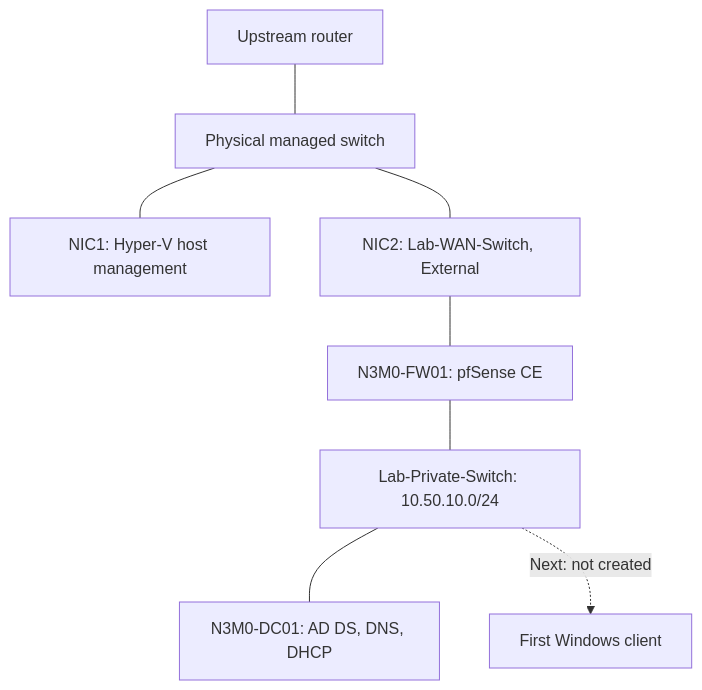
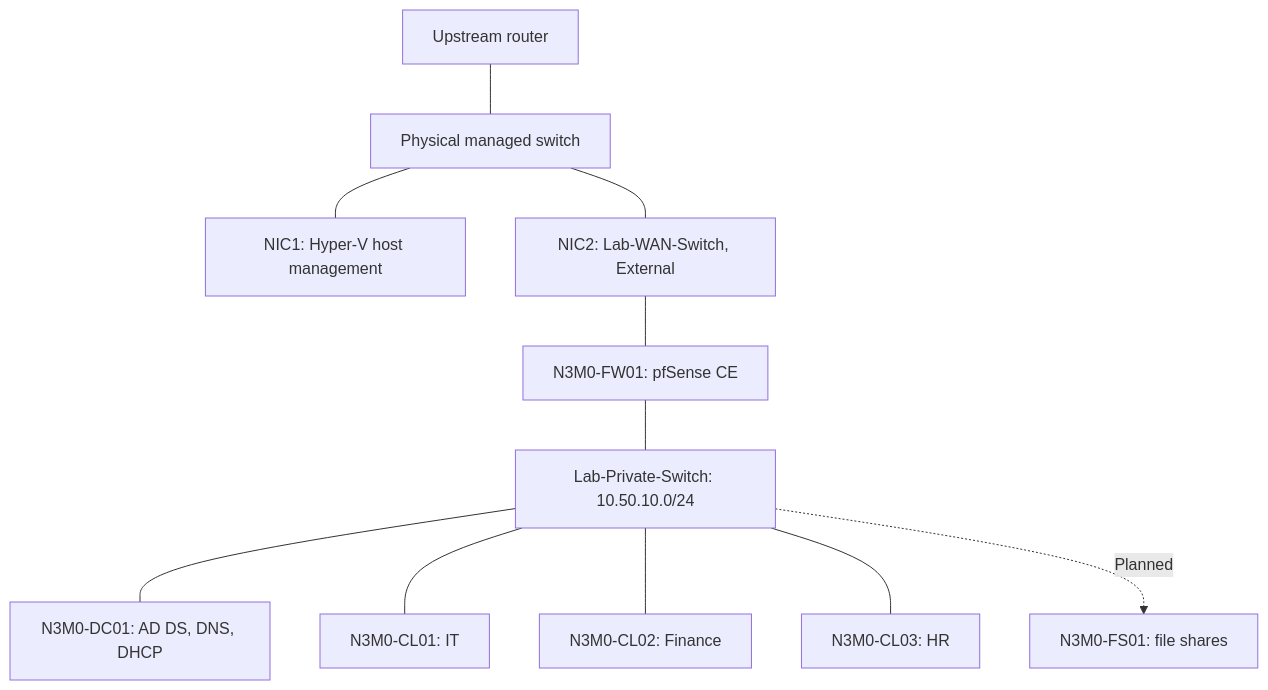
One commit to N3M0SYS/Active-Directory-Deployment-Lab changed the diagram in docs/architecture.md. Above: the diagram before and after it, drawn with Mermaid. The commit also changed other lines of this file and 6 other files, not shown here.

Commit message:
Document Windows client deployment, domain users, DHCP leases, and GPO validation

````diff
--- a/docs/architecture.md
+++ b/docs/architecture.md
@@ -7,10 +7,13 @@
 ```mermaid
 flowchart TD
     Router["Upstream router"] --- Physical["Physical managed switch"]
     Physical --- NIC1["NIC1: Hyper-V host management"]
     Physical --- WAN["NIC2: Lab-WAN-Switch, External"]
     WAN --- FW["N3M0-FW01: pfSense CE"]
     FW --- LAN["Lab-Private-Switch: 10.50.10.0/24"]
     LAN --- DC["N3M0-DC01: AD DS, DNS, DHCP"]
-    LAN -. "Next: not created" .-> Client["First Windows client"]
+    LAN --- CL01["N3M0-CL01: IT"]
+    LAN --- CL02["N3M0-CL02: Finance"]
+    LAN --- CL03["N3M0-CL03: HR"]
+    LAN -. "Planned" .-> FS["N3M0-FS01: file shares"]
 ```
````
